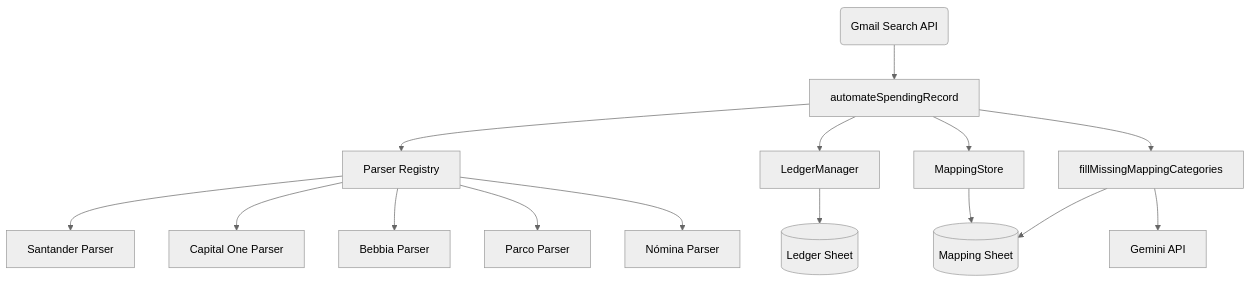
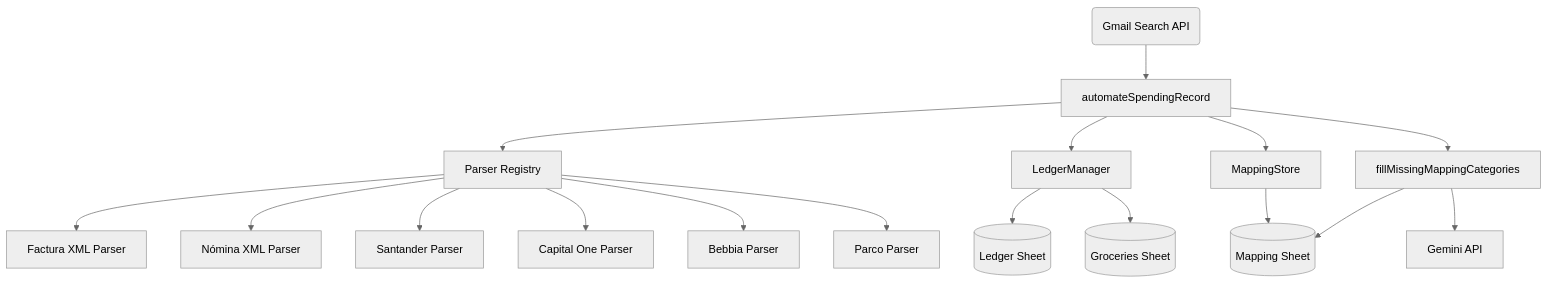
Before and after one commit to javiervqz/alp: the diagram in README.md, drawn with Mermaid (neutral theme). The commit also changed other lines of this file and 1 other file, not shown here.

````diff
--- a/README.md
+++ b/README.md
@@ -7,20 +7,22 @@
 ```mermaid
 graph TD;
     Gmail(Gmail Search API) --> Orchestrator[automateSpendingRecord]
     Orchestrator --> ParserRegistry[Parser Registry]
+    ParserRegistry --> P_Factura[Factura XML Parser]
+    ParserRegistry --> P_Nomina[Nómina XML Parser]
     ParserRegistry --> P_Santander[Santander Parser]
     ParserRegistry --> P_CapOne[Capital One Parser]
     ParserRegistry --> P_Bebbia[Bebbia Parser]
     ParserRegistry --> P_Parco[Parco Parser]
-    ParserRegistry --> P_Nomina[Nómina Parser]
     
     Orchestrator --> Deduplicator[LedgerManager]
     Deduplicator --> LedgerSheet[(Ledger Sheet)]
+    Deduplicator --> GrocerySheet[(Groceries Sheet)]
     
     Orchestrator --> MappingStore[MappingStore]
     MappingStore --> MappingSheet[(Mapping Sheet)]
     
     Orchestrator --> Classifier[fillMissingMappingCategories]
     Classifier --> Gemini[Gemini API]
     Classifier --> MappingSheet
 ```
````
